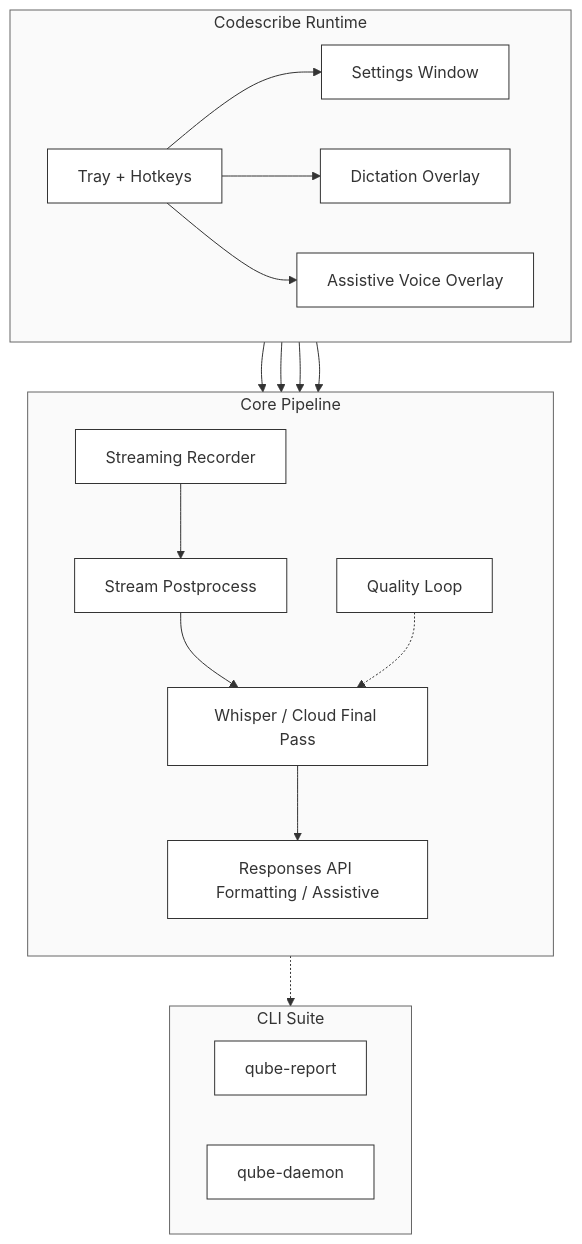
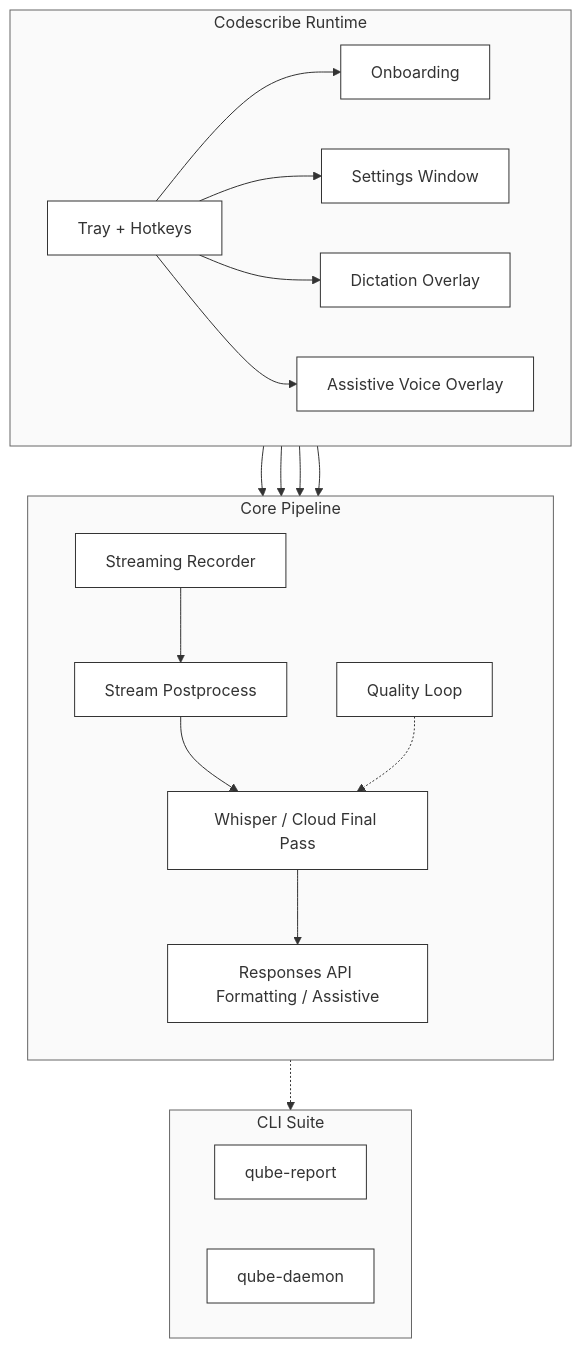
One commit to vetcoders/codescribe changed the first of 2 diagrams in README.md. Above: the diagram before and after it, drawn with Mermaid. The commit also changed other lines of this file and 48 other files, not shown here.

````diff
--- a/README.md
+++ b/README.md
@@ -20,41 +20,43 @@
 ```mermaid
 flowchart TB
     classDef default fill:#fff,stroke:#333,stroke-width:1px;
     classDef box fill:#fafafa,stroke:#666,stroke-width:1px,stroke-dasharray: 0;
 
     subgraph APP[Codescribe Runtime]
         direction LR
         TRAY[Tray + Hotkeys]
+        ONB[Onboarding]
         SET[Settings Window]
         OVL[Dictation Overlay]
         CHAT[Assistive Voice Overlay]
     end
 
     subgraph CORE[Core Pipeline]
         direction TB
         REC[Streaming Recorder]
         POST[Stream Postprocess]
         STT[Whisper / Cloud Final Pass]
         LLM[Responses API Formatting / Assistive]
         QL[Quality Loop]
     end
 
     subgraph TOOLS[CLI Suite]
         QCLI[qube-report]
         LCLI[qube-daemon]
     end
 
+    TRAY --> ONB
     TRAY --> SET
     TRAY --> OVL
     TRAY --> CHAT
     TRAY --> CORE
     SET --> CORE
     OVL --> CORE
     CHAT --> CORE
     REC --> POST --> STT
     STT --> LLM
     QL -.-> STT
     CORE -.-> TOOLS
 
     class APP,CORE,TOOLS box
 ```
````
